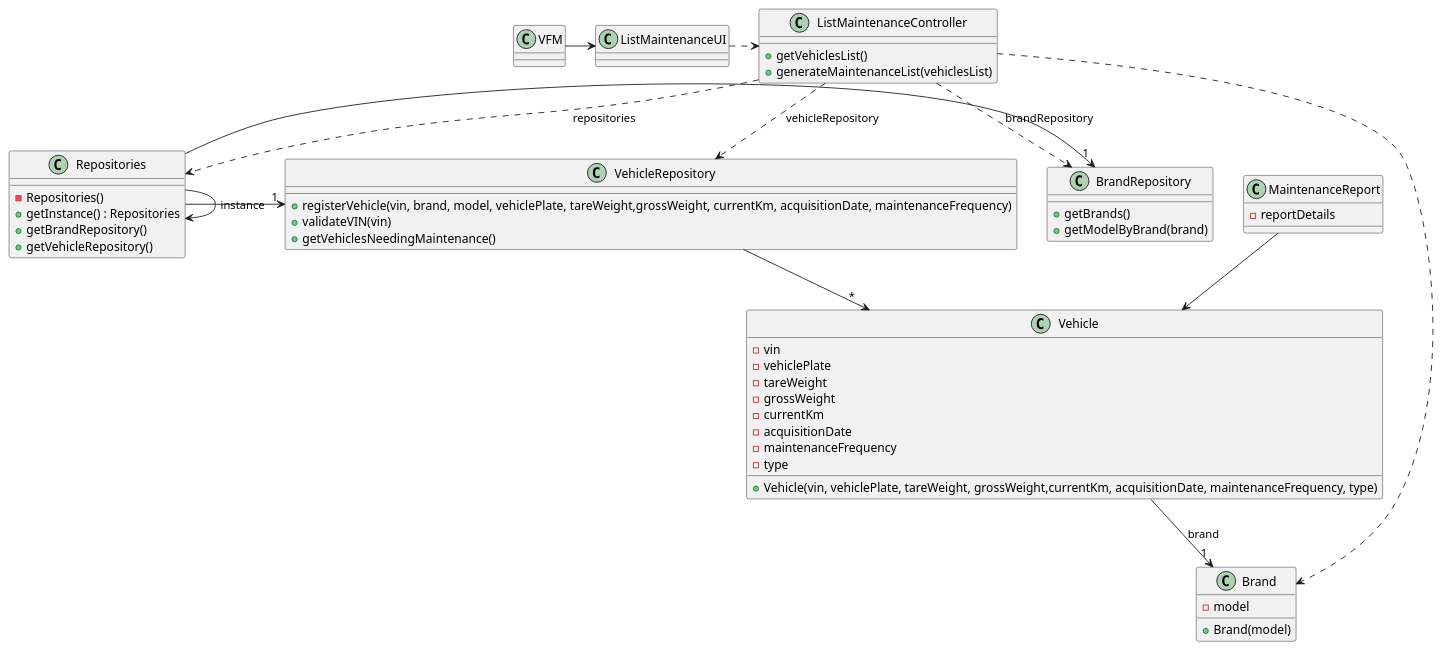
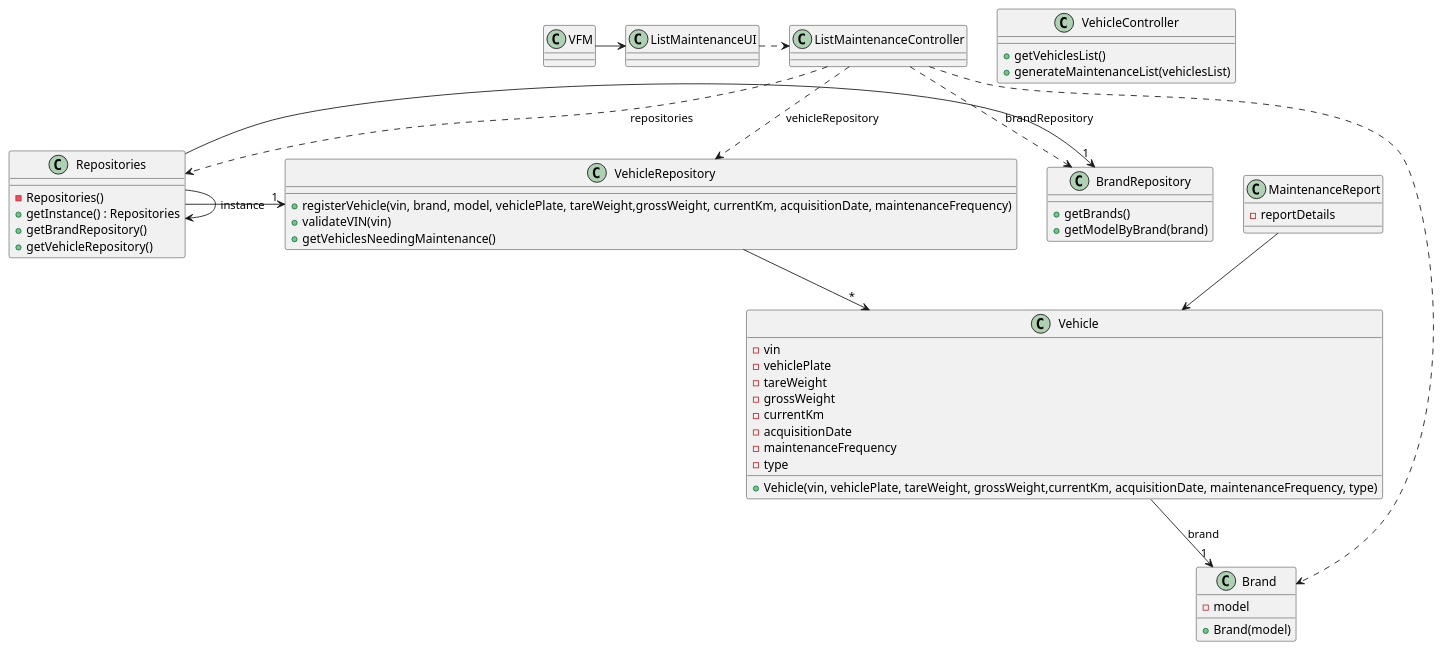
The diagram in docs/sprintB/us008/03.design/puml/us008-class-diagram.puml (RicardoMorim/lapr2-ISEP-Project), drawn with PlantUML before and after one commit. The commit also changed 9 other files, not shown here.

```diff
--- a/docs/sprintB/us008/03.design/puml/us008-class-diagram.puml
+++ b/docs/sprintB/us008/03.design/puml/us008-class-diagram.puml
@@ -1,81 +1,81 @@
 @startuml
 skinparam packageStyle rectangle
 skinparam shadowing false
 skinparam line type polyline
 
 class VFM {
 }
 
 class Vehicle {
     - vin
     - vehiclePlate
     - tareWeight
     - grossWeight
     - currentKm
     - acquisitionDate
     - maintenanceFrequency
     - type
 
     + Vehicle(vin, vehiclePlate, tareWeight, grossWeight,currentKm, acquisitionDate, maintenanceFrequency, type)
 }
 
 class Brand {
     - model
 
     + Brand(model)
 }
 
 class VehicleRepository {
     + registerVehicle(vin, brand, model, vehiclePlate, tareWeight,grossWeight, currentKm, acquisitionDate, maintenanceFrequency)
     + validateVIN(vin)
     + getVehiclesNeedingMaintenance()
 }
 
 class BrandRepository {
     + getBrands()
     + getModelByBrand(brand)
 }
 
 class MaintenanceReport {
     - reportDetails
 }
 
 class Repositories {
     - Repositories()
     + getInstance() : Repositories
     + getBrandRepository()
     + getVehicleRepository()
 }
 
-class ListMaintenanceController {
+class VehicleController {
     + getVehiclesList()
     + generateMaintenanceList(vehiclesList)
 }
 
 class ListMaintenanceUI {
 }
 
 VFM -> ListMaintenanceUI
 
 Repositories -> Repositories : instance
 
 ListMaintenanceUI .> ListMaintenanceController
 
 ListMaintenanceController .> Repositories : repositories
 
 Repositories -> "1" VehicleRepository
 
 ListMaintenanceController ..> VehicleRepository : vehicleRepository
 
 VehicleRepository --> "*" Vehicle
 
 Vehicle --> "1" Brand : brand
 
 Repositories -> "1" BrandRepository
 
 ListMaintenanceController ..> Brand
 ListMaintenanceController ..> BrandRepository : brandRepository
 
 MaintenanceReport --> Vehicle
 
 @enduml
```
